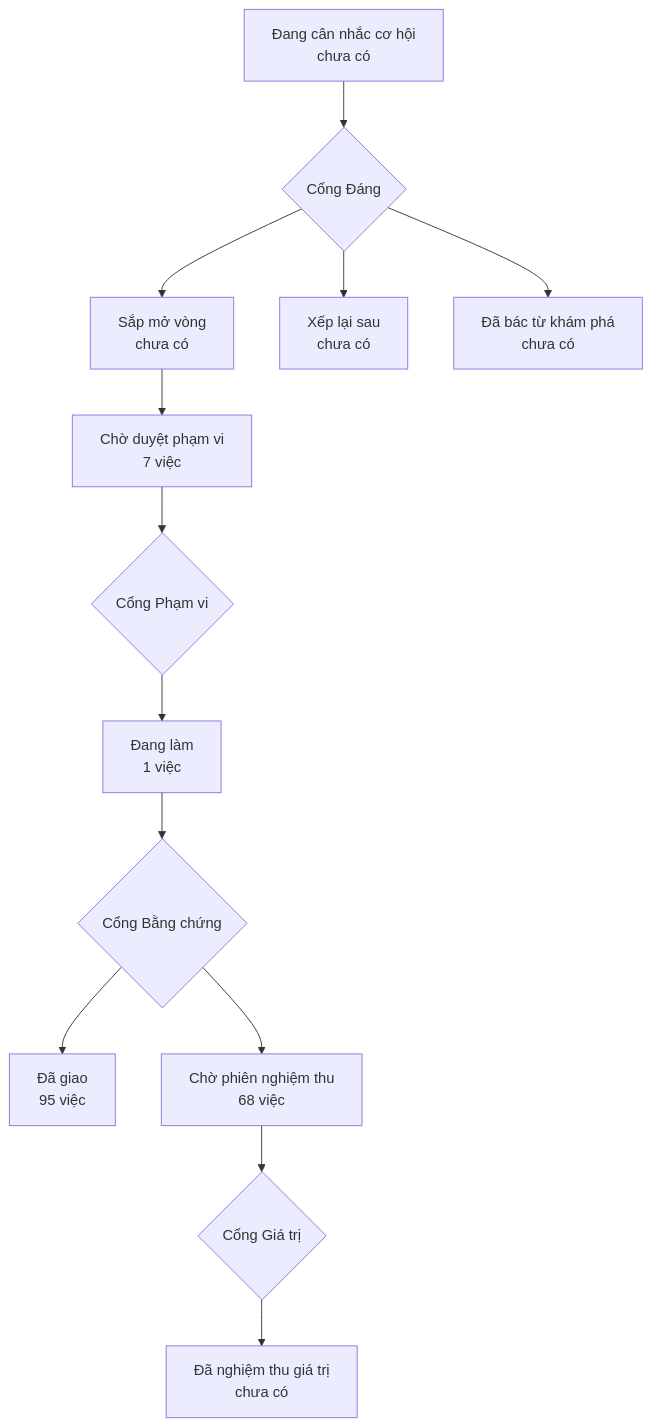
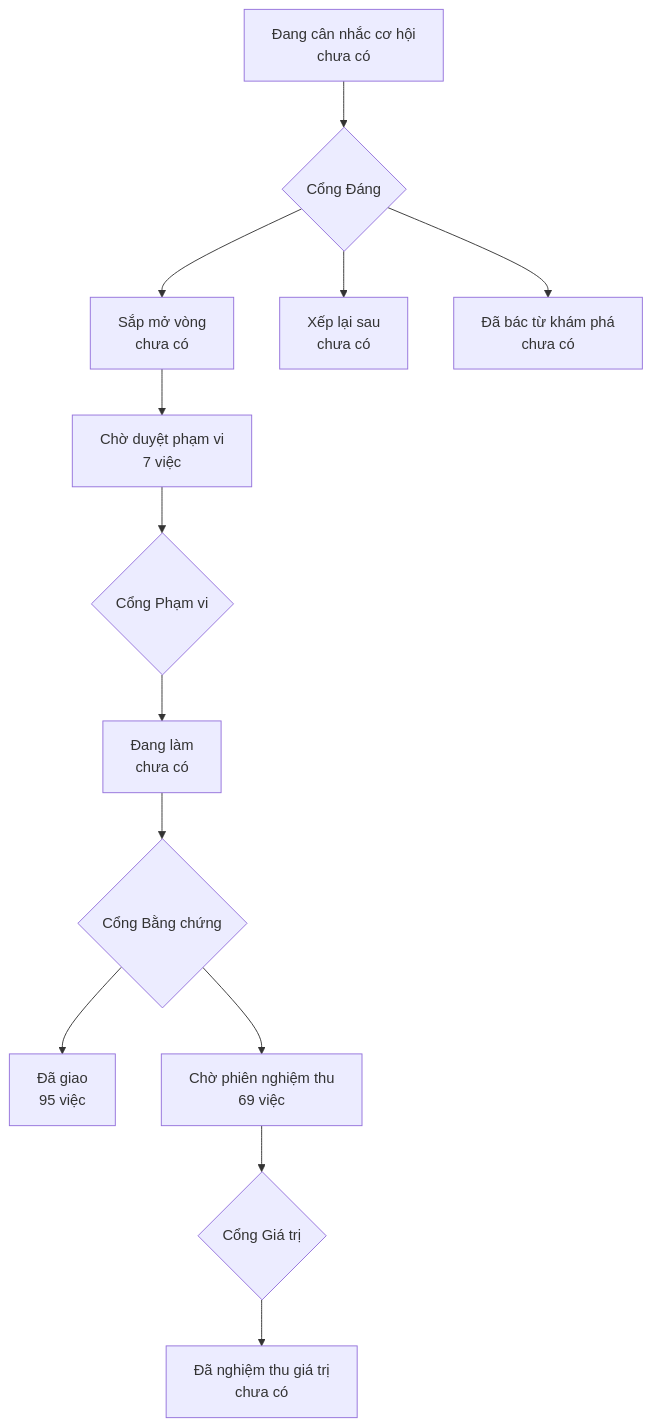
The diagram in PRODUCT-MAP.md (phanlemanh/onehub-invest), drawn with Mermaid before and after one commit. The commit also changed other lines of this file and 7 other files, not shown here.

````diff
--- a/PRODUCT-MAP.md
+++ b/PRODUCT-MAP.md
@@ -7,12 +7,12 @@
 ```mermaid
 flowchart TD
   A["Đang cân nhắc cơ hội<br/>chưa có"] --> GD{"Cổng Đáng"}
   GD --> B["Sắp mở vòng<br/>chưa có"]
   GD --> XL["Xếp lại sau<br/>chưa có"]
   GD --> DB["Đã bác từ khám phá<br/>chưa có"]
   B --> CD["Chờ duyệt phạm vi<br/>7 việc"] --> GP{"Cổng Phạm vi"}
-  GP --> DL["Đang làm<br/>1 việc"] --> GB{"Cổng Bằng chứng"}
+  GP --> DL["Đang làm<br/>chưa có"] --> GB{"Cổng Bằng chứng"}
   GB --> DG["Đã giao<br/>95 việc"]
-  GB --> CN["Chờ phiên nghiệm thu<br/>68 việc"] --> GG{"Cổng Giá trị"}
+  GB --> CN["Chờ phiên nghiệm thu<br/>69 việc"] --> GG{"Cổng Giá trị"}
   GG --> NT["Đã nghiệm thu giá trị<br/>chưa có"]
 ```
````
